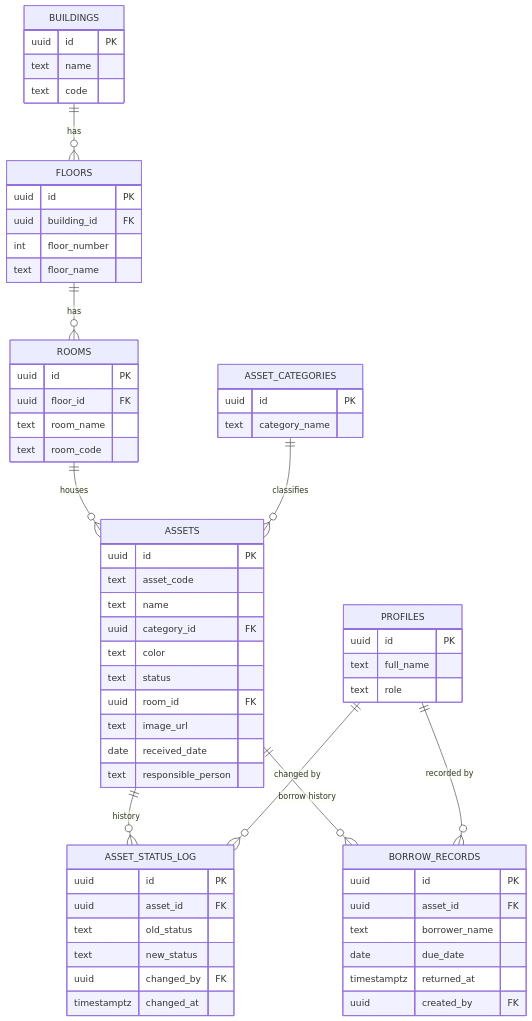
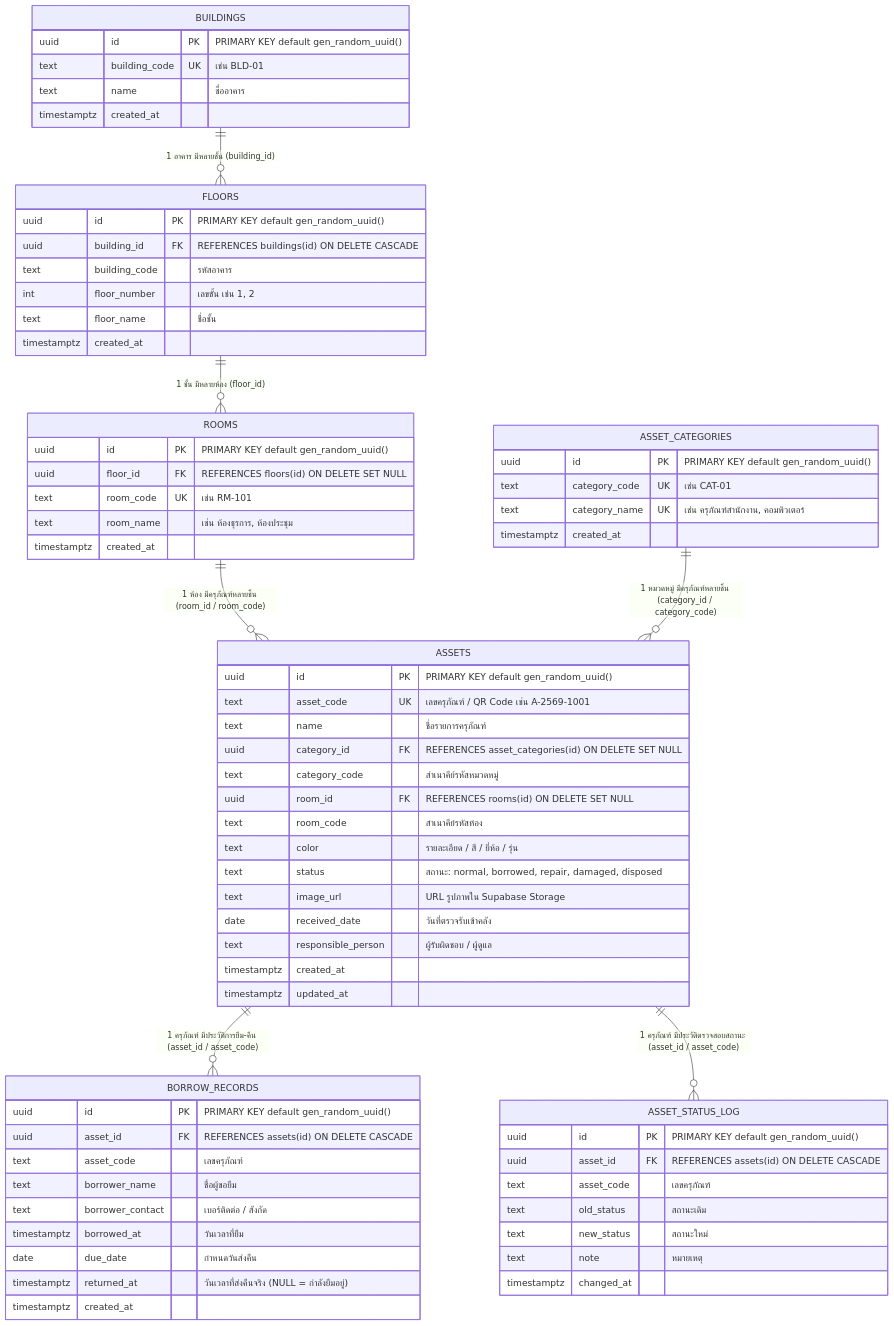
Before and after one commit to mtyks/Asset-Management-System: the diagram in database/erd.mermaid, drawn with Mermaid. The commit also changed 1 other file, not shown here.

Commit message:
feat: complete relational database schema with foreign keys, triggers, views, RLS policies and seed data

```diff
--- a/database/erd.mermaid
+++ b/database/erd.mermaid
@@ -1,64 +1,77 @@
 erDiagram
-    BUILDINGS ||--o{ FLOORS : "has"
-    FLOORS ||--o{ ROOMS : "has"
-    ROOMS ||--o{ ASSETS : "houses"
-    ASSET_CATEGORIES ||--o{ ASSETS : "classifies"
-    ASSETS ||--o{ ASSET_STATUS_LOG : "history"
-    ASSETS ||--o{ BORROW_RECORDS : "borrow history"
-    PROFILES ||--o{ ASSET_STATUS_LOG : "changed by"
-    PROFILES ||--o{ BORROW_RECORDS : "recorded by"
+    BUILDINGS ||--o{ FLOORS : "1 อาคาร มีหลายชั้น (building_id)"
+    FLOORS ||--o{ ROOMS : "1 ชั้น มีหลายห้อง (floor_id)"
+    ROOMS ||--o{ ASSETS : "1 ห้อง มีครุภัณฑ์หลายชิ้น (room_id / room_code)"
+    ASSET_CATEGORIES ||--o{ ASSETS : "1 หมวดหมู่ มีครุภัณฑ์หลายชิ้น (category_id / category_code)"
+    ASSETS ||--o{ BORROW_RECORDS : "1 ครุภัณฑ์ มีประวัติการยืม-คืน (asset_id / asset_code)"
+    ASSETS ||--o{ ASSET_STATUS_LOG : "1 ครุภัณฑ์ มีประวัติตรวจสอบสถานะ (asset_id / asset_code)"
 
     BUILDINGS {
-        uuid id PK
-        text name
-        text code
+        uuid id PK "PRIMARY KEY default gen_random_uuid()"
+        text building_code UK "เช่น BLD-01"
+        text name "ชื่ออาคาร"
+        timestamptz created_at
     }
+
     FLOORS {
-        uuid id PK
-        uuid building_id FK
-        int floor_number
-        text floor_name
+        uuid id PK "PRIMARY KEY default gen_random_uuid()"
+        uuid building_id FK "REFERENCES buildings(id) ON DELETE CASCADE"
+        text building_code "รหัสอาคาร"
+        int floor_number "เลขชั้น เช่น 1, 2"
+        text floor_name "ชื่อชั้น"
+        timestamptz created_at
     }
+
     ROOMS {
-        uuid id PK
-        uuid floor_id FK
-        text room_name
-        text room_code
+        uuid id PK "PRIMARY KEY default gen_random_uuid()"
+        uuid floor_id FK "REFERENCES floors(id) ON DELETE SET NULL"
+        text room_code UK "เช่น RM-101"
+        text room_name "เช่น ห้องธุรการ, ห้องประชุม"
+        timestamptz created_at
     }
+
     ASSET_CATEGORIES {
-        uuid id PK
-        text category_name
+        uuid id PK "PRIMARY KEY default gen_random_uuid()"
+        text category_code UK "เช่น CAT-01"
+        text category_name UK "เช่น ครุภัณฑ์สำนักงาน, คอมพิวเตอร์"
+        timestamptz created_at
     }
+
     ASSETS {
-        uuid id PK
-        text asset_code
-        text name
-        uuid category_id FK
-        text color
-        text status
-        uuid room_id FK
-        text image_url
-        date received_date
-        text responsible_person
+        uuid id PK "PRIMARY KEY default gen_random_uuid()"
+        text asset_code UK "เลขครุภัณฑ์ / QR Code เช่น A-2569-1001"
+        text name "ชื่อรายการครุภัณฑ์"
+        uuid category_id FK "REFERENCES asset_categories(id) ON DELETE SET NULL"
+        text category_code "สำเนาคีย์รหัสหมวดหมู่"
+        uuid room_id FK "REFERENCES rooms(id) ON DELETE SET NULL"
+        text room_code "สำเนาคีย์รหัสห้อง"
+        text color "รายละเอียด / สี / ยี่ห้อ / รุ่น"
+        text status "สถานะ: normal, borrowed, repair, damaged, disposed"
+        text image_url "URL รูปภาพใน Supabase Storage"
+        date received_date "วันที่ตรวจรับเข้าคลัง"
+        text responsible_person "ผู้รับผิดชอบ / ผู้ดูแล"
+        timestamptz created_at
+        timestamptz updated_at
     }
+
+    BORROW_RECORDS {
+        uuid id PK "PRIMARY KEY default gen_random_uuid()"
+        uuid asset_id FK "REFERENCES assets(id) ON DELETE CASCADE"
+        text asset_code "เลขครุภัณฑ์"
+        text borrower_name "ชื่อผู้ขอยืม"
+        text borrower_contact "เบอร์ติดต่อ / สังกัด"
+        timestamptz borrowed_at "วันเวลาที่ยืม"
+        date due_date "กำหนดวันส่งคืน"
+        timestamptz returned_at "วันเวลาที่ส่งคืนจริง (NULL = กำลังยืมอยู่)"
+        timestamptz created_at
+    }
+
     ASSET_STATUS_LOG {
-        uuid id PK
-        uuid asset_id FK
-        text old_status
-        text new_status
-        uuid changed_by FK
+        uuid id PK "PRIMARY KEY default gen_random_uuid()"
+        uuid asset_id FK "REFERENCES assets(id) ON DELETE CASCADE"
+        text asset_code "เลขครุภัณฑ์"
+        text old_status "สถานะเดิม"
+        text new_status "สถานะใหม่"
+        text note "หมายเหตุ"
         timestamptz changed_at
     }
-    BORROW_RECORDS {
-        uuid id PK
-        uuid asset_id FK
-        text borrower_name
-        date due_date
-        timestamptz returned_at
-        uuid created_by FK
-    }
-    PROFILES {
-        uuid id PK
-        text full_name
-        text role
-    }
```
